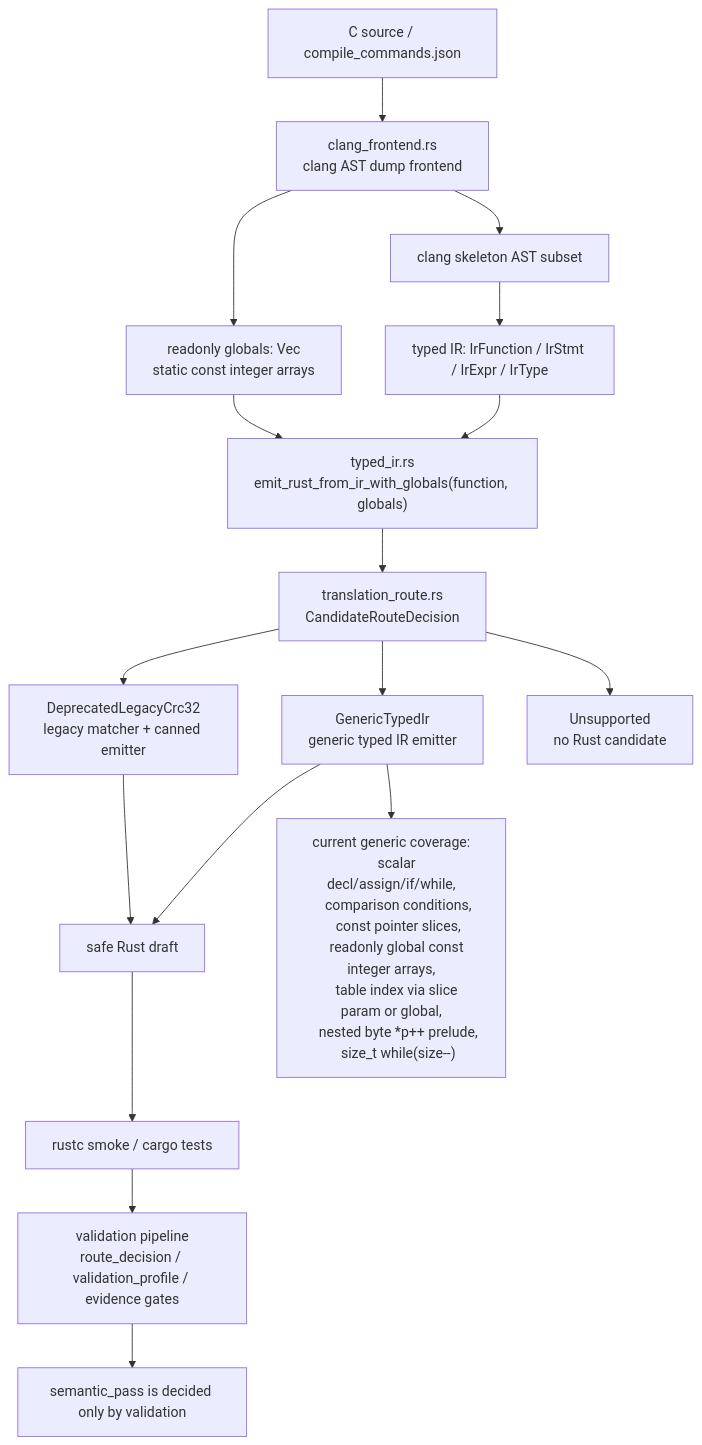
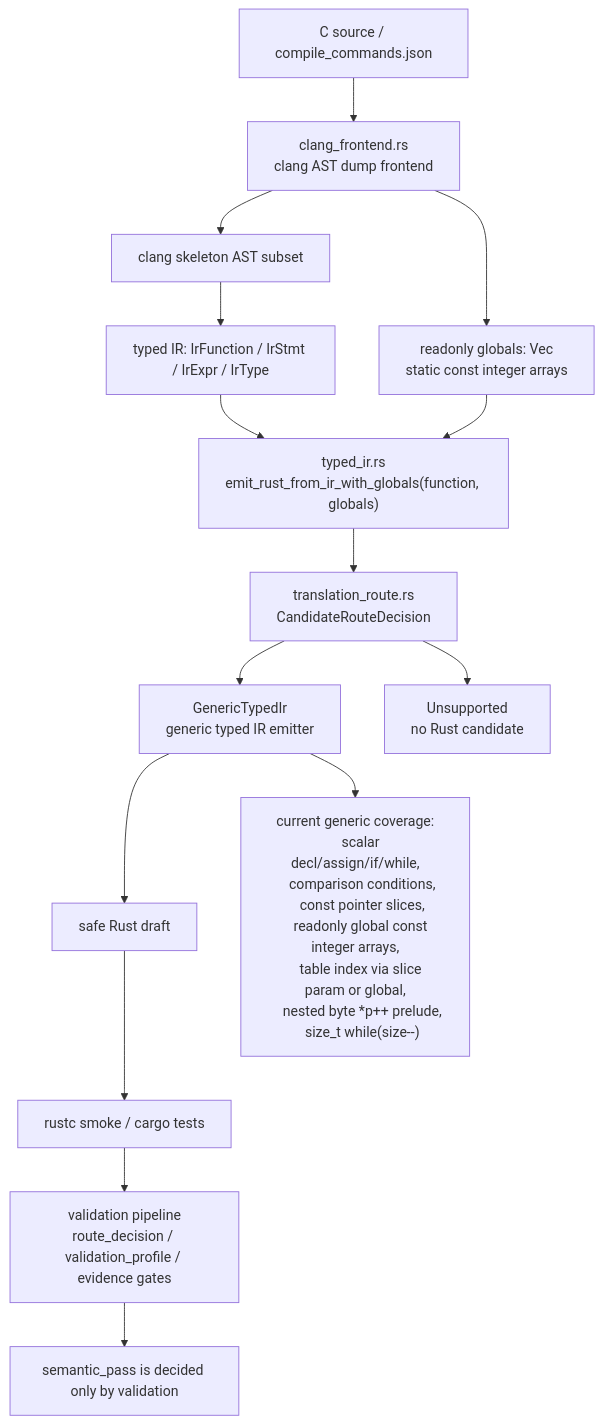
Before and after one commit to guoqihan342-svg/c-to-rust: the diagram in docs/c2rust-migration-agent/core-translation-architecture.en.md, drawn with Mermaid. The commit also changed other lines of this file and 8 other files, not shown here.

Commit message:
Remove typed IR crc32 legacy fallback

````diff
--- a/docs/c2rust-migration-agent/core-translation-architecture.en.md
+++ b/docs/c2rust-migration-agent/core-translation-architecture.en.md
@@ -7,27 +7,25 @@
 ```mermaid
 flowchart TD
     C["C source / compile_commands.json"] --> Clang["clang_frontend.rs<br/>clang AST dump frontend"]
     Clang --> Skeleton["clang skeleton AST subset"]
     Skeleton --> IR["typed IR: IrFunction / IrStmt / IrExpr / IrType"]
     Clang --> Globals["readonly globals: Vec<IrGlobal><br/>static const integer arrays"]
     IR --> EmitCtx["typed_ir.rs<br/>emit_rust_from_ir_with_globals(function, globals)"]
     Globals --> EmitCtx
     EmitCtx --> RouteMeta["translation_route.rs<br/>CandidateRouteDecision"]
     RouteMeta --> Generic["GenericTypedIr<br/>generic typed IR emitter"]
-    RouteMeta --> Canned["DeprecatedLegacyCrc32<br/>legacy matcher + canned emitter"]
     RouteMeta --> Unsupported["Unsupported<br/>no Rust candidate"]
     Generic --> Rust["safe Rust draft"]
-    Canned --> Rust
     Rust --> Rustc["rustc smoke / cargo tests"]
     Rustc --> Validation["validation pipeline<br/>route_decision / validation_profile / evidence gates"]
 
     Generic --> Supported["current generic coverage:
     scalar decl/assign/if/while,
     comparison conditions,
     const pointer slices,
     readonly global const integer arrays,
     table index via slice param or global,
     nested byte *p++ prelude,
     size_t while(size--)"]
     Validation --> Semantic["semantic_pass is decided only by validation"]
 ```
````
